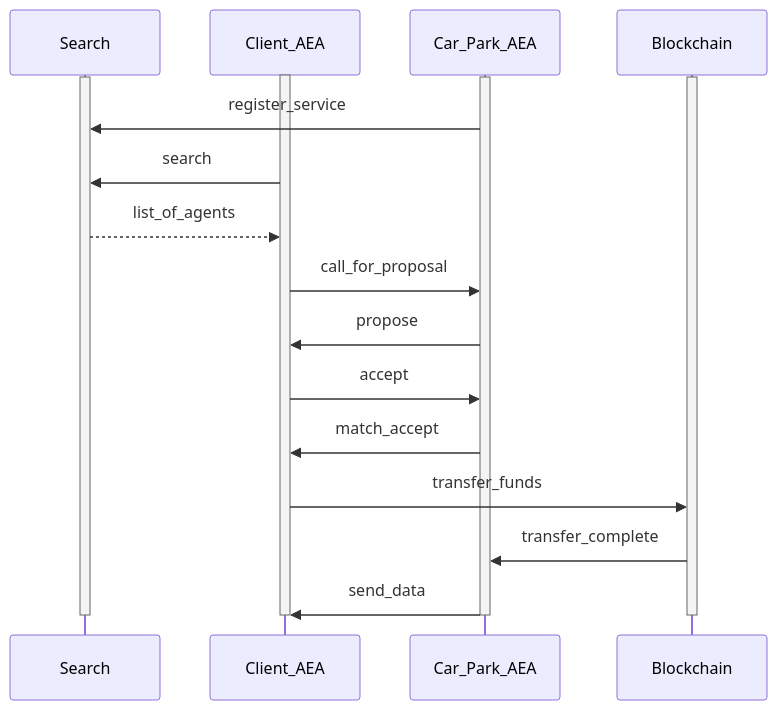
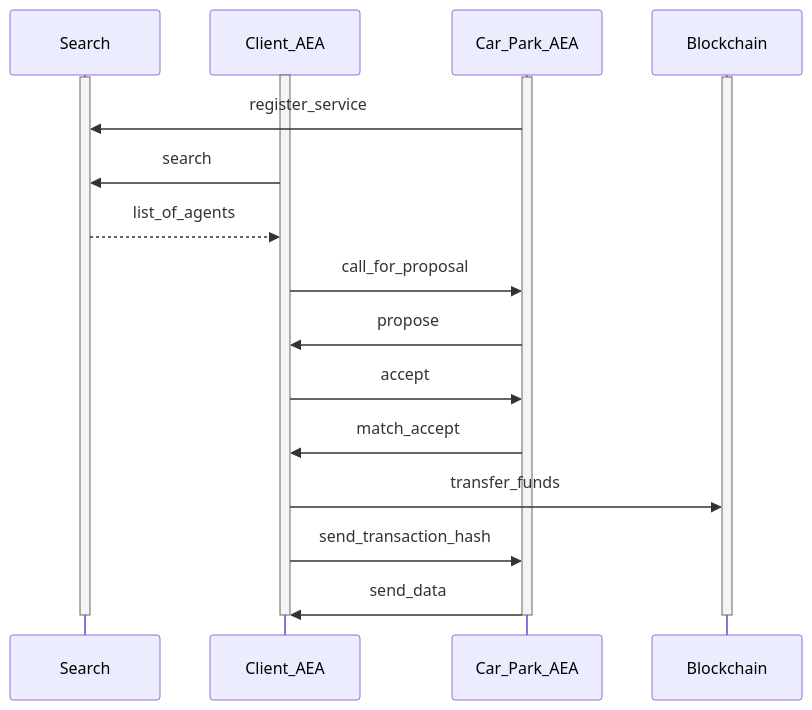
One commit to legendarydeveloper919/agents-aea changed the diagram in docs/car-park.md. Above: the diagram before and after it, drawn with Mermaid. The commit also changed 3 other files, not shown here.

```diff
--- a/docs/car-park.md
+++ b/docs/car-park.md
@@ -71,28 +71,28 @@
 <div class="mermaid">
     sequenceDiagram
         participant Search
         participant Client_AEA
         participant Car_Park_AEA
         participant Blockchain
     
         activate Client_AEA
         activate Search
         activate Car_Park_AEA
         activate Blockchain
         
         Car_Park_AEA->>Search: register_service
         Client_AEA->>Search: search
         Search-->>Client_AEA: list_of_agents
         Client_AEA->>Car_Park_AEA: call_for_proposal
         Car_Park_AEA->>Client_AEA: propose
         Client_AEA->>Car_Park_AEA: accept
         Car_Park_AEA->>Client_AEA: match_accept
         Client_AEA->>Blockchain: transfer_funds
-        Blockchain->>Car_Park_AEA: transfer_complete
+        Client_AEA->>Car_Park_AEA: send_transaction_hash
         Car_Park_AEA->>Client_AEA: send_data
         
         deactivate Client_AEA
         deactivate Search
         deactivate Car_Park_AEA
         deactivate Blockchain
 </div>
```
